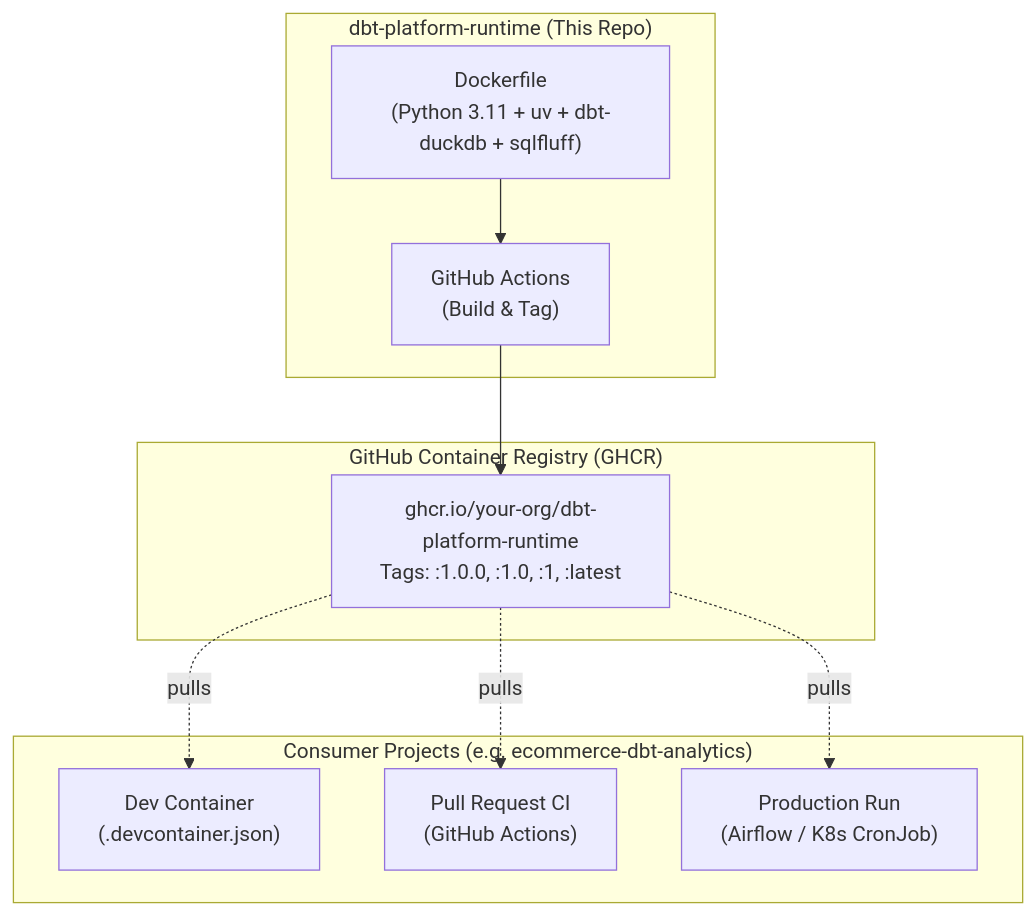
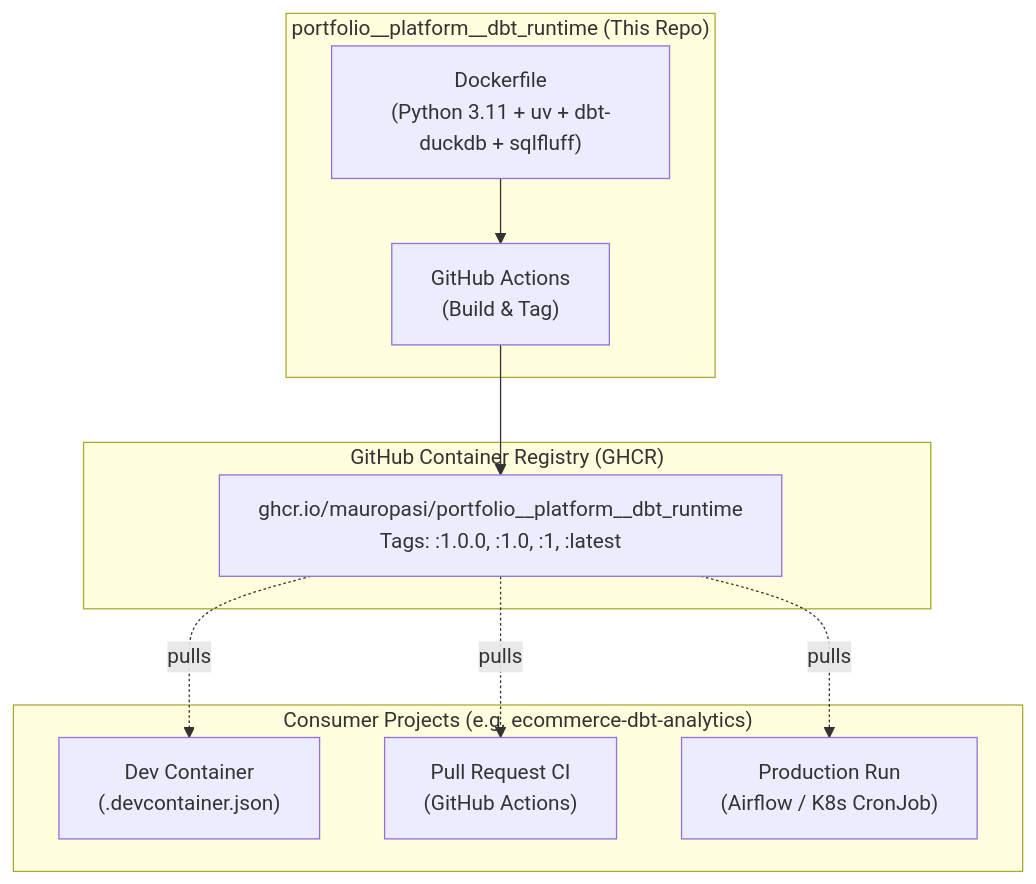
The diagram in README.md (mauropasi/portfolio__platform__dbt_runtime), drawn with Mermaid before and after one commit. The commit also changed other lines of this file and 3 other files, not shown here.

Commit message:
chore: align repository and image references with mauropasi/portfolio__platform__dbt_runtime

````diff
--- a/README.md
+++ b/README.md
@@ -11,23 +11,23 @@
 ```mermaid
 flowchart TD
-    subgraph PlatformRepo ["dbt-platform-runtime (This Repo)"]
+    subgraph PlatformRepo ["portfolio__platform__dbt_runtime (This Repo)"]
         DF["Dockerfile\n(Python 3.11 + uv + dbt-duckdb + sqlfluff)"]
         CI["GitHub Actions\n(Build & Tag)"]
         DF --> CI
     end
 
     subgraph Registry ["GitHub Container Registry (GHCR)"]
-        GHCR["ghcr.io/your-org/dbt-platform-runtime\nTags: :1.0.0, :1.0, :1, :latest"]
+        GHCR["ghcr.io/mauropasi/portfolio__platform__dbt_runtime\nTags: :1.0.0, :1.0, :1, :latest"]
         CI --> GHCR
     end
 
     subgraph ConsumerRepos ["Consumer Projects (e.g. ecommerce-dbt-analytics)"]
         DEV["Dev Container\n(.devcontainer.json)"]
         PR_CI["Pull Request CI\n(GitHub Actions)"]
         PROD["Production Run\n(Airflow / K8s CronJob)"]
         
         GHCR -. pulls .-> DEV
         GHCR -. pulls .-> PR_CI
         GHCR -. pulls .-> PROD
     end
 ```
````
